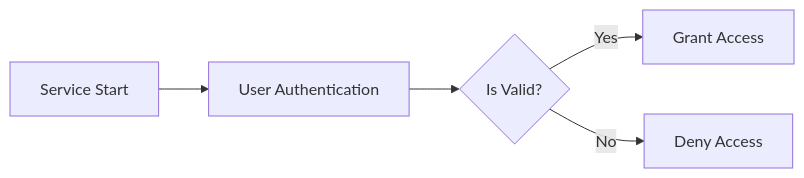
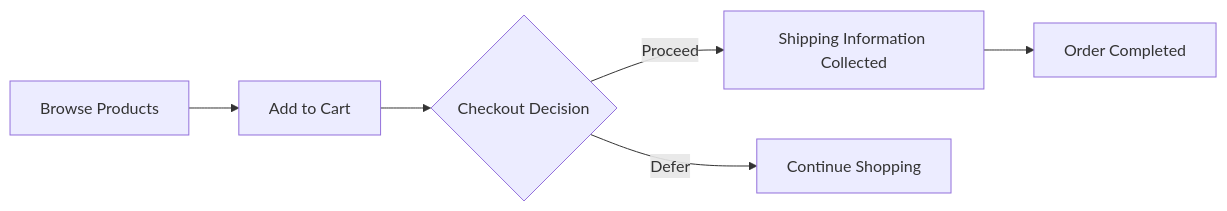
One commit to RavenView-ai/autobe changed the diagram in packages/agent/prompts/ANALYZE_SCENARIO.md. Above: the diagram before and after it, drawn with Mermaid. The commit also changed other lines of this file and 130 other files, not shown here.

````diff
--- a/packages/agent/prompts/ANALYZE_SCENARIO.md
+++ b/packages/agent/prompts/ANALYZE_SCENARIO.md
@@ -698,7 +950,8 @@
 ```mermaid
 graph LR
-    A["Service Start"] --> B["User Authentication"]
-    B --> C{"Is Valid?"}
-    C -->|"Yes"| D["Grant Access"]
-    C -->|"No"| E["Deny Access"]
+    A["Browse Products"] --> B["Add to Cart"]
+    B --> C{"Checkout Decision"}
+    C -->|"Proceed"| D["Shipping Information Collected"]
+    C -->|"Defer"| E["Continue Shopping"]
+    D --> F["Order Completed"]
 ```
````
